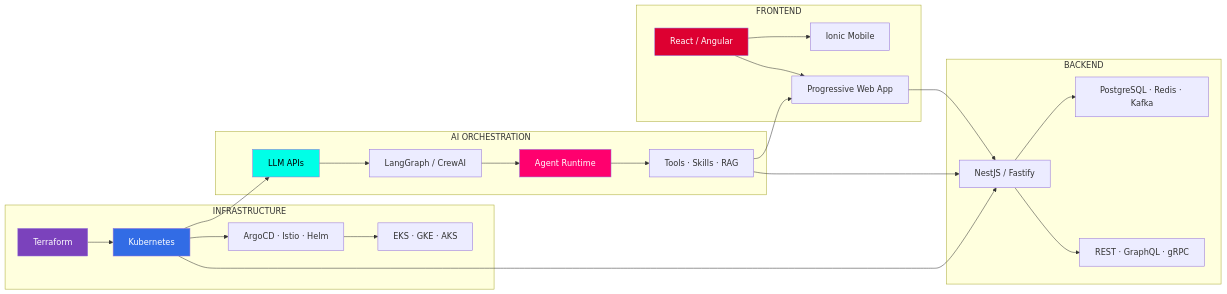
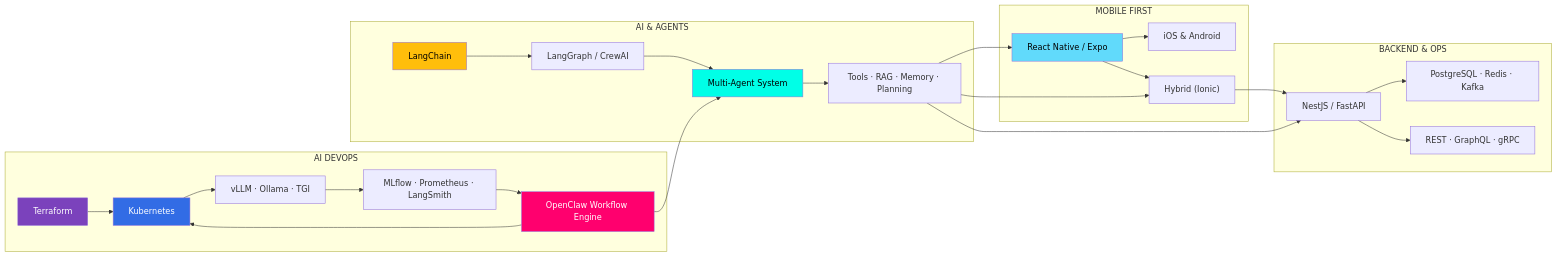
One commit to deb888/deb888 changed the first of 2 diagrams in README.md. Above: the diagram before and after it, drawn with Mermaid. The commit also changed other lines of this file and 1 other file, not shown here.

First line of the commit message:
feat: add React Native, LangChain, AI DevOps, OpenCode, OpenClaw workflows

````diff
--- a/README.md
+++ b/README.md
@@ -43,29 +58,31 @@
 ```mermaid
 graph LR
-    subgraph "FRONTEND"
-        A["React / Angular"] --> B["Ionic Mobile"]
-        A --> C["Progressive Web App"]
+    subgraph "MOBILE FIRST"
+        A["React Native / Expo"] --> B["iOS & Android"]
+        A --> C["Hybrid (Ionic)"]
     end
-    subgraph "AI ORCHESTRATION"
-        D["LLM APIs"] --> E["LangGraph / CrewAI"]
-        E --> F["Agent Runtime"]
-        F --> G["Tools · Skills · RAG"]
+    subgraph "AI & AGENTS"
+        D["LangChain"] --> E["LangGraph / CrewAI"]
+        E --> F["Multi-Agent System"]
+        F --> G["Tools · RAG · Memory · Planning"]
     end
-    subgraph "BACKEND"
-        H["NestJS / Fastify"] --> I["PostgreSQL · Redis · Kafka"]
+    subgraph "BACKEND & OPS"
+        H["NestJS / FastAPI"] --> I["PostgreSQL · Redis · Kafka"]
         H --> J["REST · GraphQL · gRPC"]
     end
-    subgraph "INFRASTRUCTURE"
+    subgraph "AI DEVOPS"
         K["Terraform"] --> L["Kubernetes"]
-        L --> M["ArgoCD · Istio · Helm"]
-        M --> N["EKS · GKE · AKS"]
+        L --> M["vLLM · Ollama · TGI"]
+        M --> N["MLflow · Prometheus · LangSmith"]
+        N --> O["OpenClaw Workflow Engine"]
     end
     C --> H
-    G --> C & H
-    L --> H & D
-    style A fill:#DD0031,color:#fff
-    style D fill:#00FFE7,color:#000
-    style F fill:#FF006E,color:#fff
+    G --> A & C & H
+    O --> L & F
+    style A fill:#61DAFB,color:#000
+    style D fill:#FFBE0B,color:#000
+    style F fill:#00FFE7,color:#000
     style K fill:#7B42BC,color:#fff
     style L fill:#326CE5,color:#fff
+    style O fill:#FF006E,color:#fff
 ```
````
